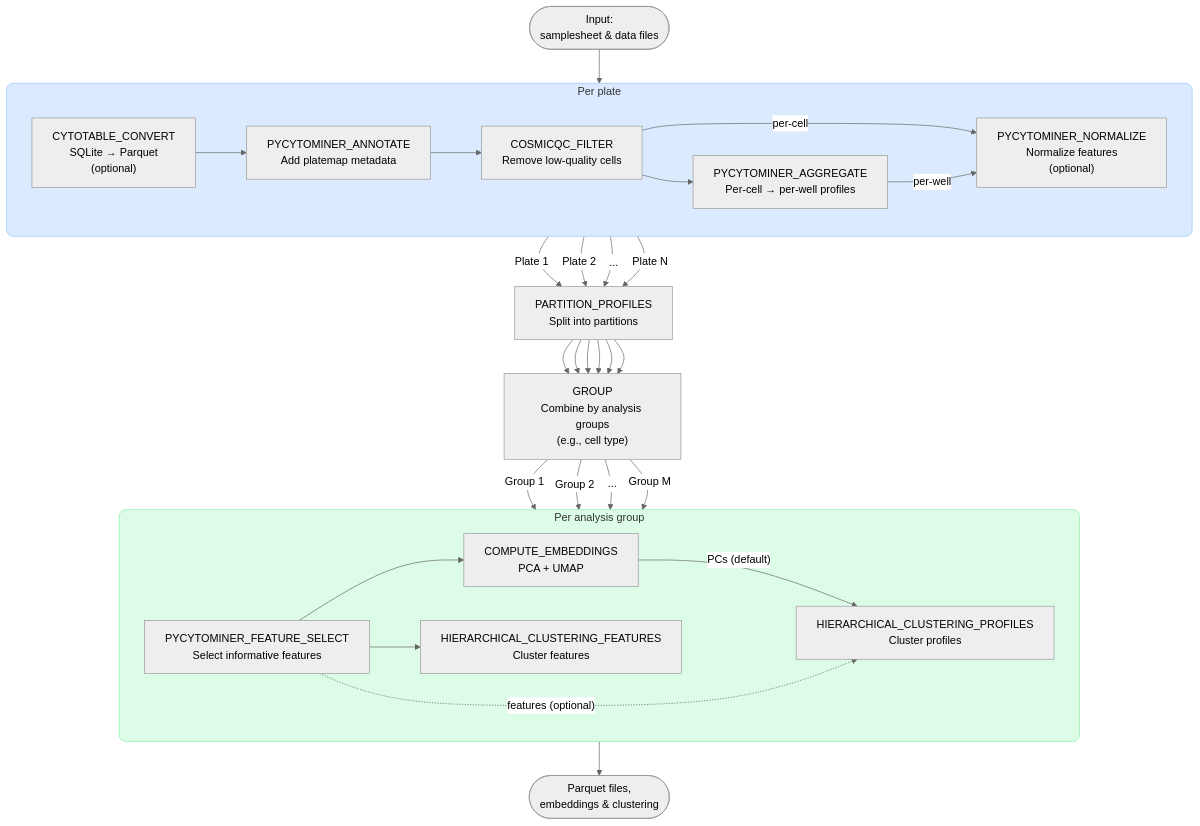
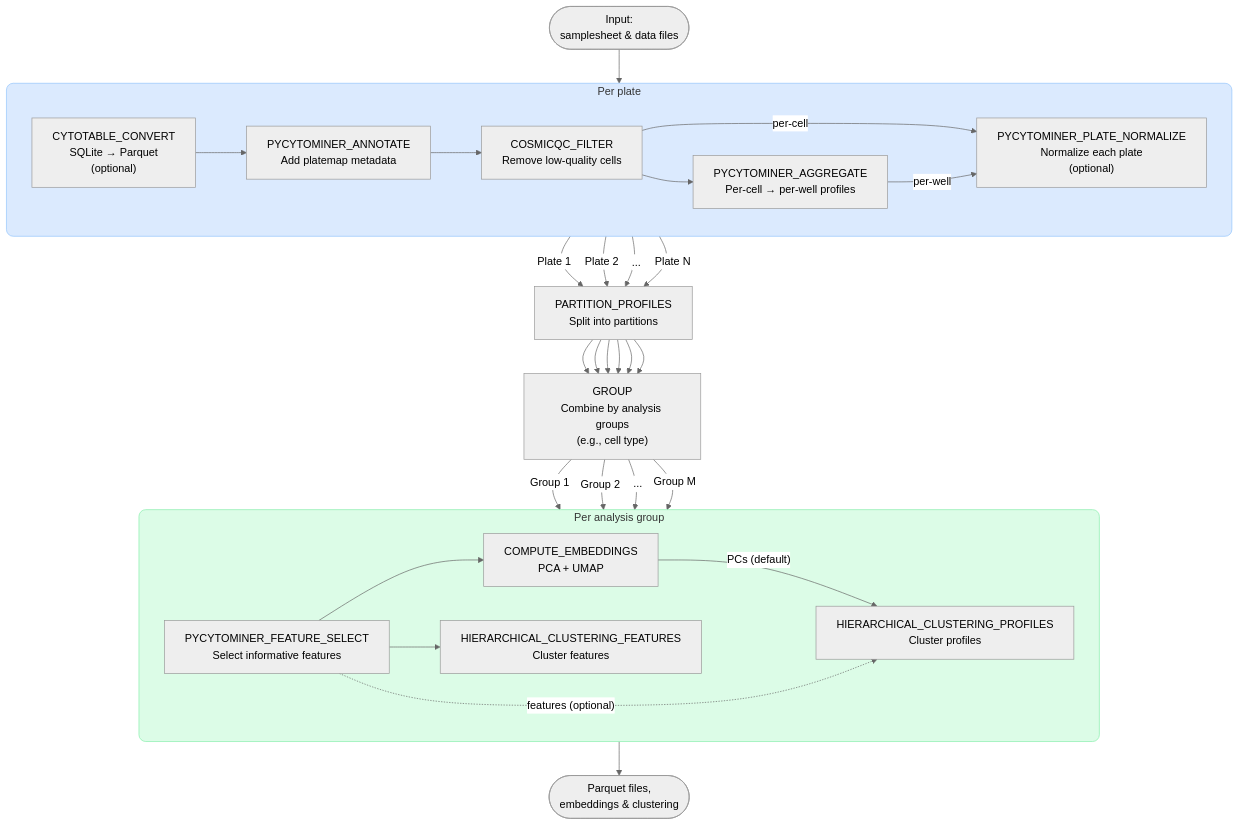
Before and after one commit to AlexsLemonade/morphport: the diagram in README.md, drawn with Mermaid (neutral theme). The commit also changed 3 other files, not shown here.

````diff
--- a/README.md
+++ b/README.md
@@ -22,53 +22,53 @@
 ```mermaid
 flowchart TD
     INPUT([Input:\nsamplesheet & data files])
 
     subgraph per_plate ["Per plate"]
         CYTOTABLE["CYTOTABLE_CONVERT\nSQLite → Parquet\n(optional)"]
         ANNOTATE[PYCYTOMINER_ANNOTATE\nAdd platemap metadata]
         FILTER[COSMICQC_FILTER\nRemove low-quality cells]
         AGGREGATE[PYCYTOMINER_AGGREGATE\nPer-cell → per-well profiles]
-        NORMALIZE["PYCYTOMINER_NORMALIZE\nNormalize features\n(optional)"]
+        NORMALIZE["PYCYTOMINER_PLATE_NORMALIZE\nNormalize each plate\n(optional)"]
 
         CYTOTABLE --> ANNOTATE
         ANNOTATE --> FILTER
         FILTER -->|per-cell| NORMALIZE
         FILTER --> AGGREGATE
         AGGREGATE -->|per-well| NORMALIZE
     end
 
     subgraph per_group ["Per analysis group"]
         FEATURE_SELECT[PYCYTOMINER_FEATURE_SELECT\nSelect informative features]
         EMBEDDINGS[COMPUTE_EMBEDDINGS\nPCA + UMAP]
         CLUSTERING[HIERARCHICAL_CLUSTERING_PROFILES\nCluster profiles]
         CLUSTER_FEATURES[HIERARCHICAL_CLUSTERING_FEATURES\nCluster features]
         FEATURE_SELECT --> EMBEDDINGS
         EMBEDDINGS -->|"PCs (default)"| CLUSTERING
         FEATURE_SELECT -.->|"features (optional)"| CLUSTERING
         FEATURE_SELECT --> CLUSTER_FEATURES
     end
 
     style per_plate fill:#dbeafe,stroke:#93c5fd,rx:10,ry:10
     style per_group fill:#dcfce7,stroke:#86efac,rx:10,ry:10
 
     INPUT --> per_plate
 
     PARTITION["PARTITION_PROFILES\nSplit into partitions"]
     GROUP["GROUP\nCombine by analysis groups\n(e.g., cell type)"]
 
     per_plate -->|"Plate 1"| PARTITION
     per_plate -->|"Plate 2"| PARTITION
     per_plate -->|"..."| PARTITION
     per_plate -->|"Plate N"| PARTITION
     PARTITION --> GROUP
     PARTITION --> GROUP
     PARTITION --> GROUP
     PARTITION --> GROUP
     PARTITION --> GROUP
     PARTITION --> GROUP
     GROUP -->|"Group 1"| per_group
     GROUP -->|"Group 2"| per_group
     GROUP -->|"..."| per_group
     GROUP -->|"Group M"| per_group
     per_group --> OUTPUT([Parquet files,\nembeddings & clustering])
 ```
````
